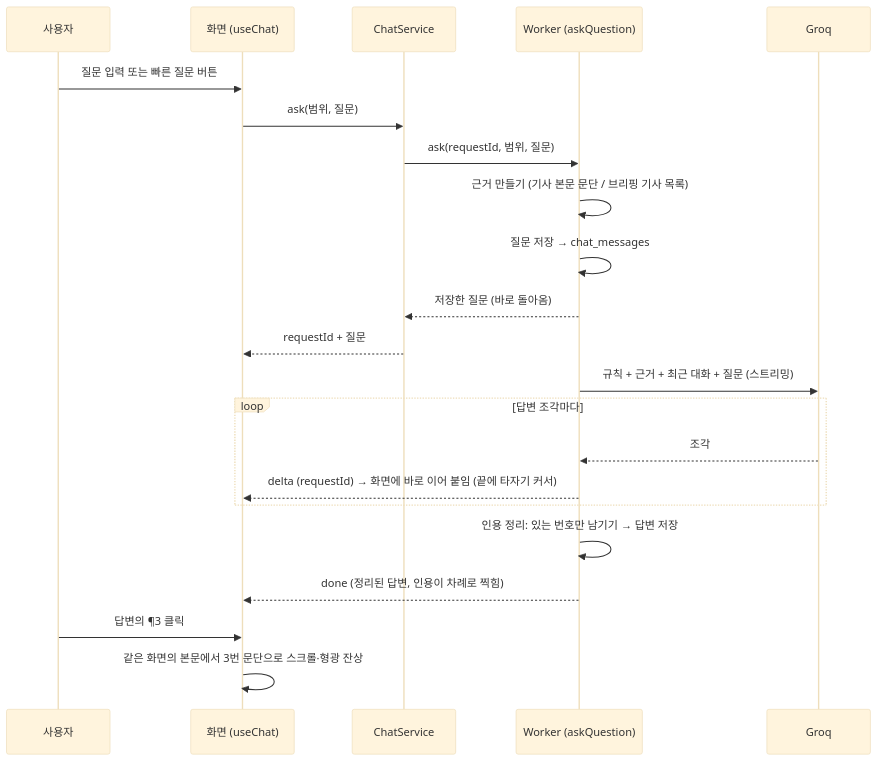
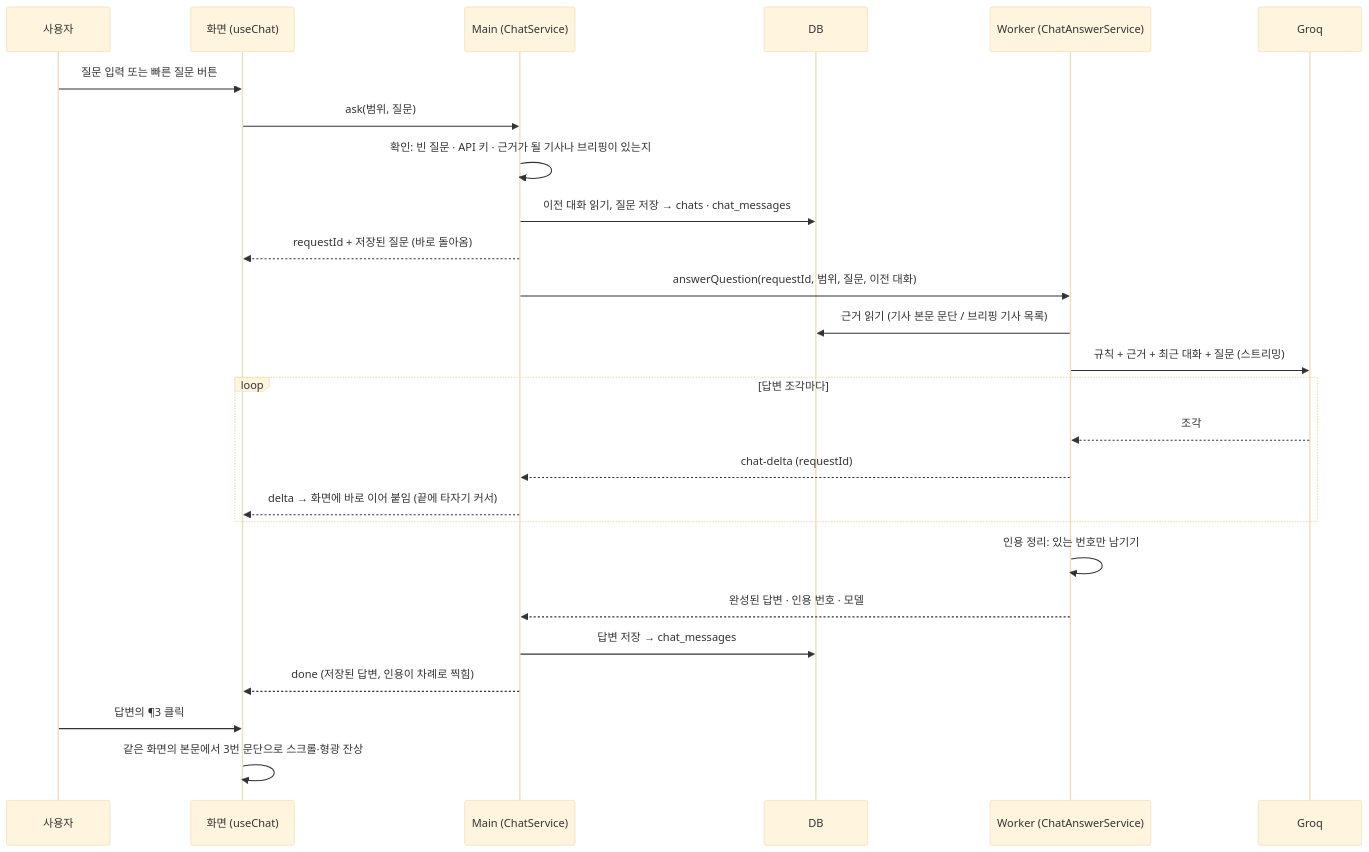
Before and after one commit to EPIGEXE/jogan-news: diagram 12 of 13 in docs/README.md, drawn with Mermaid (base theme). The commit also changed other lines of this file and 102 other files, not shown here.

First line of the commit message:
DB 계층 개편: Drizzle ORM 도입, 저장소·서비스 분리, Main·Worker 역할 분할

````diff
--- a/docs/README.md
+++ b/docs/README.md
@@ -708,24 +822,28 @@
 ```mermaid
 sequenceDiagram
   participant U as 사용자
   participant R as 화면 (useChat)
-  participant C as ChatService
-  participant W as Worker (askQuestion)
+  participant C as Main (ChatService)
+  participant DB as DB
+  participant W as Worker (ChatAnswerService)
   participant G as Groq
   U->>R: 질문 입력 또는 빠른 질문 버튼
   R->>C: ask(범위, 질문)
-  C->>W: ask(requestId, 범위, 질문)
-  W->>W: 근거 만들기 (기사 본문 문단 / 브리핑 기사 목록)
-  W->>W: 질문 저장 → chat_messages
-  W-->>C: 저장한 질문 (바로 돌아옴)
-  C-->>R: requestId + 질문
+  C->>C: 확인: 빈 질문 · API 키 · 근거가 될 기사나 브리핑이 있는지
+  C->>DB: 이전 대화 읽기, 질문 저장 → chats · chat_messages
+  C-->>R: requestId + 저장된 질문 (바로 돌아옴)
+  C->>W: answerQuestion(requestId, 범위, 질문, 이전 대화)
+  W->>DB: 근거 읽기 (기사 본문 문단 / 브리핑 기사 목록)
   W->>G: 규칙 + 근거 + 최근 대화 + 질문 (스트리밍)
   loop 답변 조각마다
     G-->>W: 조각
-    W-->>R: delta (requestId) → 화면에 바로 이어 붙임 (끝에 타자기 커서)
+    W-->>C: chat-delta (requestId)
+    C-->>R: delta → 화면에 바로 이어 붙임 (끝에 타자기 커서)
   end
-  W->>W: 인용 정리: 있는 번호만 남기기 → 답변 저장
-  W-->>R: done (정리된 답변, 인용이 차례로 찍힘)
+  W->>W: 인용 정리: 있는 번호만 남기기
+  W-->>C: 완성된 답변 · 인용 번호 · 모델
+  C->>DB: 답변 저장 → chat_messages
+  C-->>R: done (저장된 답변, 인용이 차례로 찍힘)
   U->>R: 답변의 ¶3 클릭
   R->>R: 같은 화면의 본문에서 3번 문단으로 스크롤·형광 잔상
 ```
````
